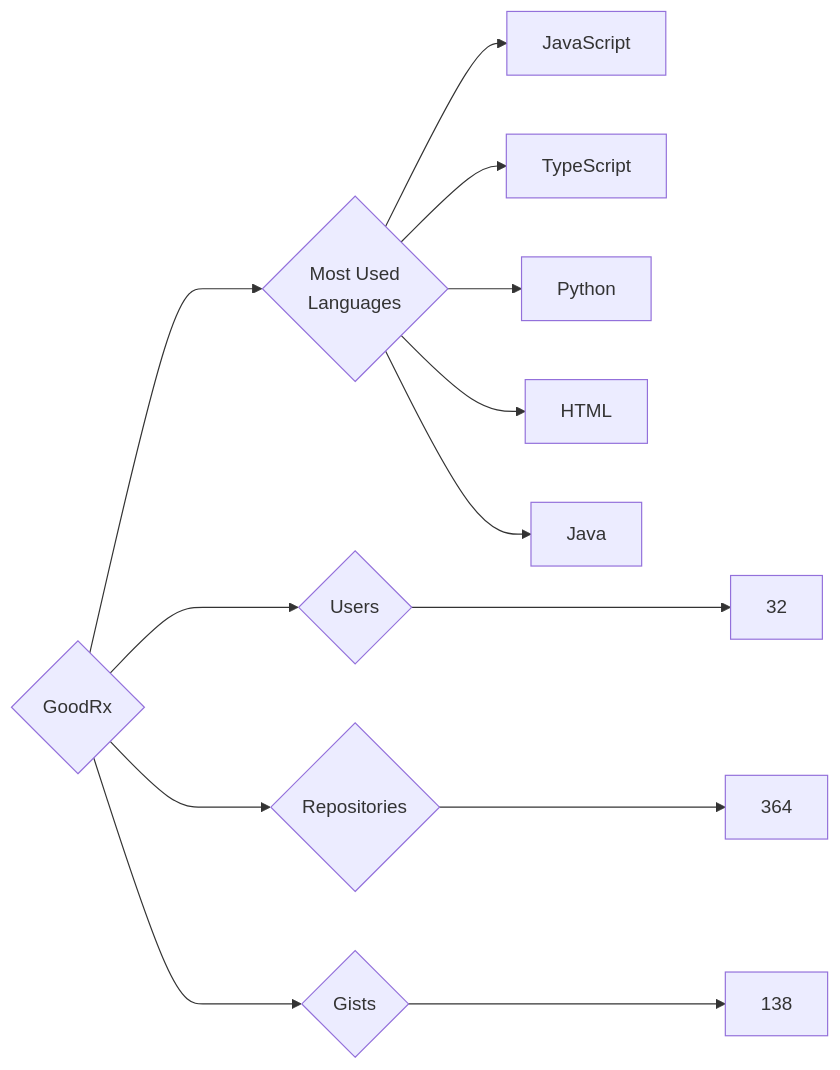
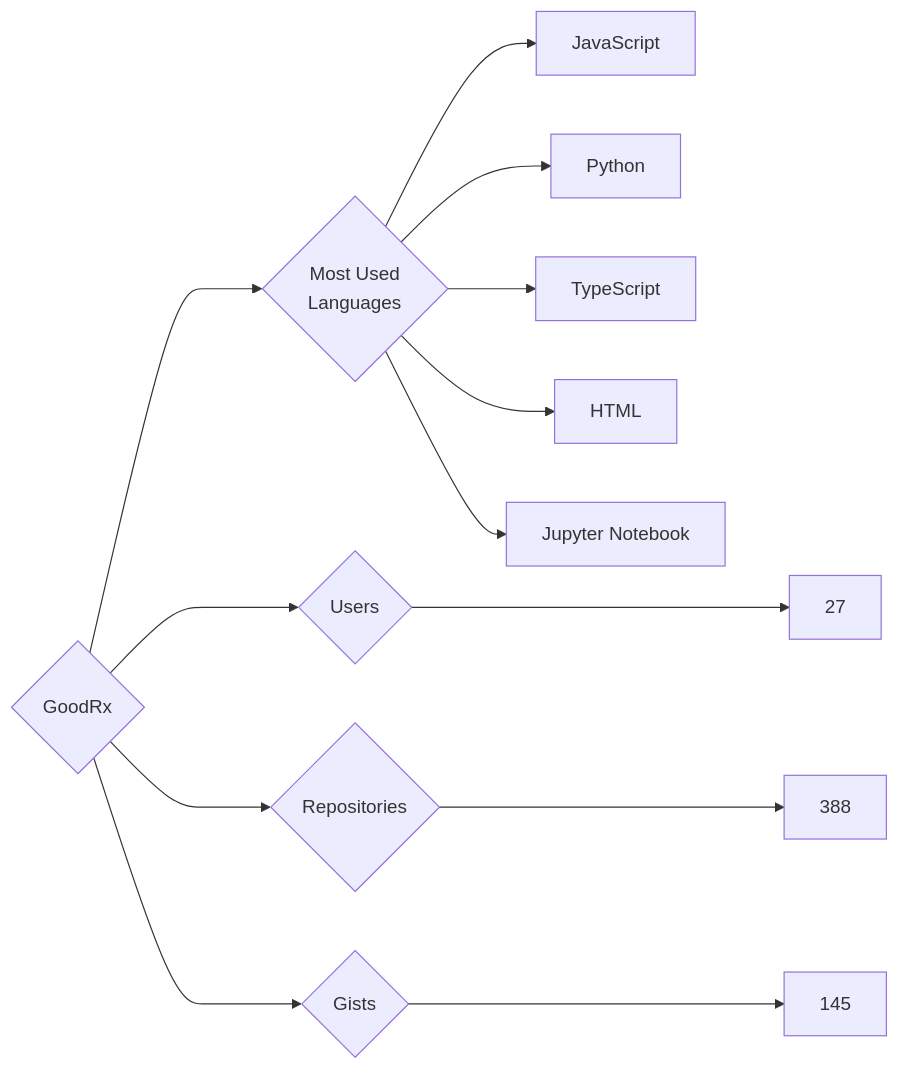
The diagram in targets/GoodRx/README.md (trickest/insiders), drawn with Mermaid before and after one commit. The commit also changed 1195 other files, not shown here.

````diff
--- a/targets/GoodRx/README.md
+++ b/targets/GoodRx/README.md
@@ -3,13 +3,13 @@
 ```mermaid
 graph LR
 COMPANY_NAME{GoodRx}
-COMPANY_NAME ---> U{Users} ---> UN[32]
-COMPANY_NAME ---> R{Repositories} ---> RN[364]
-COMPANY_NAME ---> G{Gists} ---> GN[138]
+COMPANY_NAME ---> U{Users} ---> UN[27]
+COMPANY_NAME ---> R{Repositories} ---> RN[388]
+COMPANY_NAME ---> G{Gists} ---> GN[145]
 COMPANY_NAME ---> ML{Most Used<br>Languages}
 ML --> JavaScript[JavaScript]
+ML --> Python[Python]
 ML --> TypeScript[TypeScript]
-ML --> Python[Python]
 ML --> HTML[HTML]
-ML --> Java[Java]
+ML --> Jupyter_Notebook[Jupyter Notebook]
 ```
````
